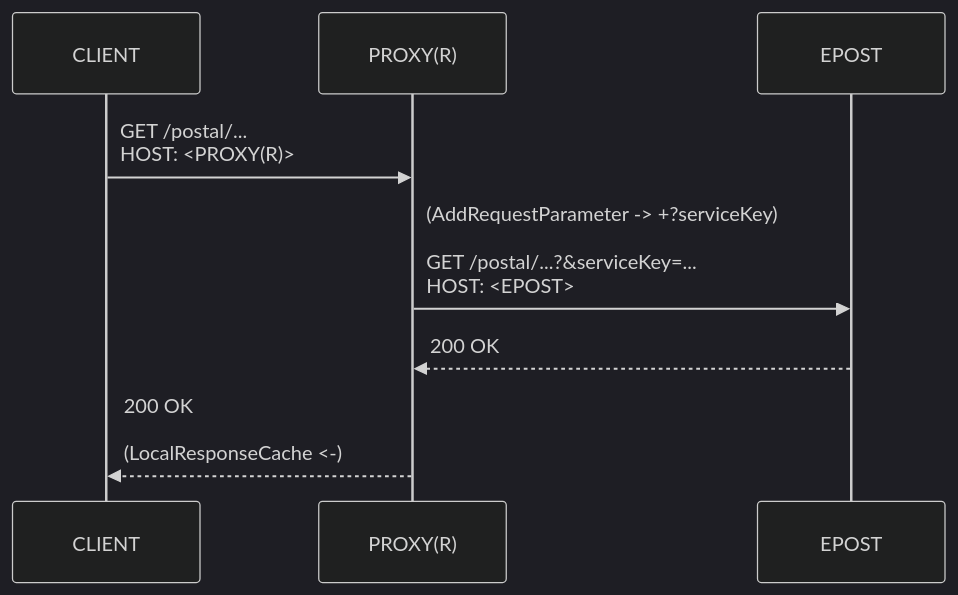
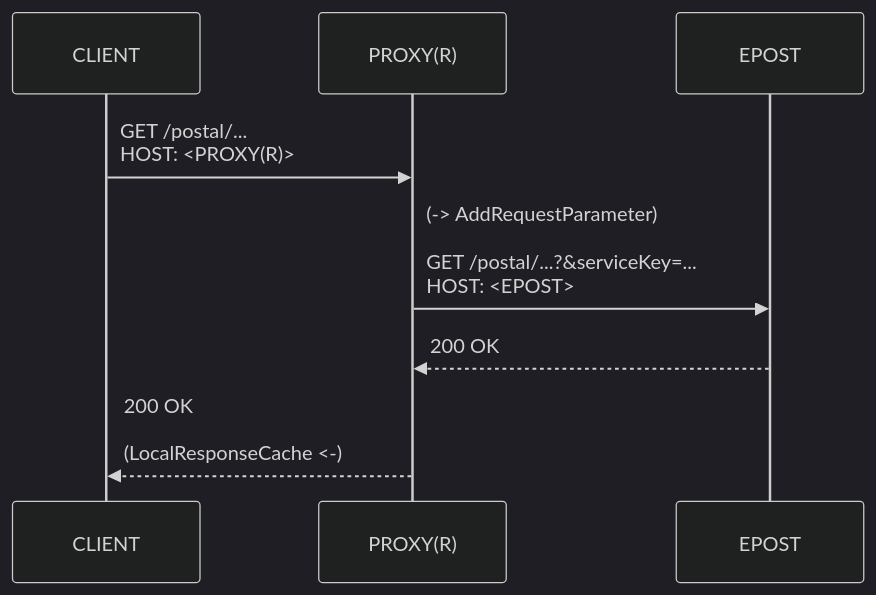
Before and after one commit to jinahya/epost-openapi-proxy: the second of 3 diagrams in README.md, drawn with Mermaid (dark theme).

````diff
--- a/README.md
+++ b/README.md
@@ -32,13 +32,13 @@
 ```mermaid
 %%{init: {
   'sequence': {
     'messageAlign': 'left'
    },
   'fontFamily': 'monospace'
 }}%%
 sequenceDiagram
     CLIENT->>PROXY(R): GET /postal/...<br>HOST: <PROXY(R)>
-    PROXY(R)->>EPOST: (AddRequestParameter -> +?serviceKey)<br><br>GET /postal/...?&serviceKey=...<br>HOST: <EPOST>
+    PROXY(R)->>EPOST: (-> AddRequestParameter)<br><br>GET /postal/...?&serviceKey=...<br>HOST: <EPOST>
     EPOST-->>PROXY(R): 200 OK
     PROXY(R)-->>CLIENT: 200 OK<br><br>(LocalResponseCache <-)
 ```
````
